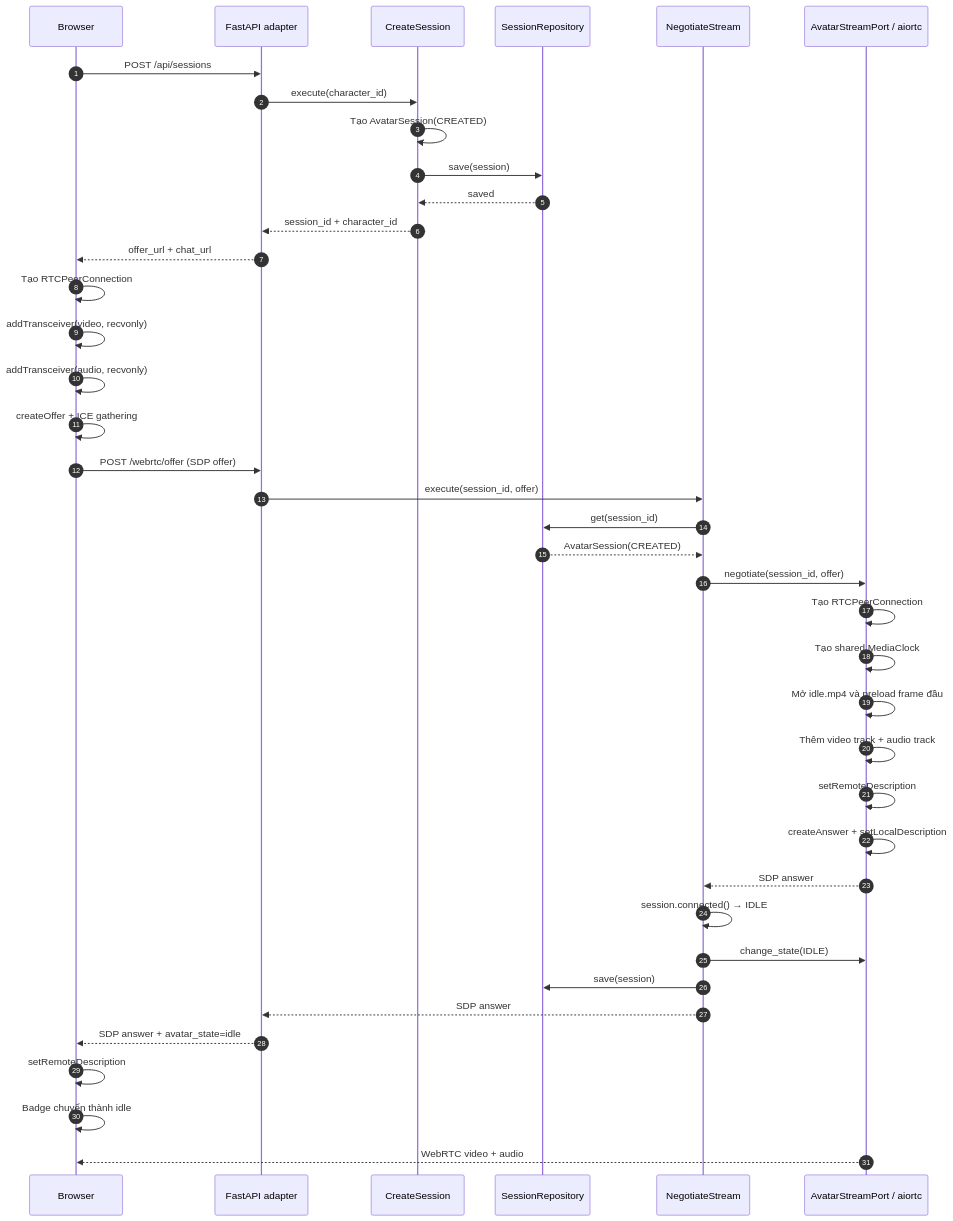
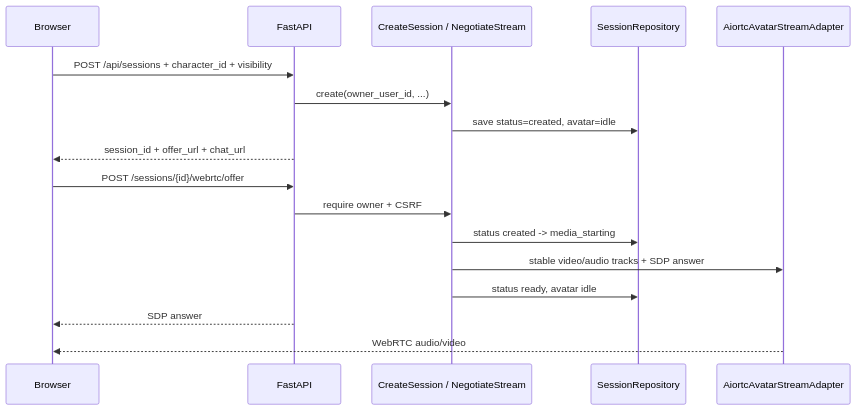
Before and after one commit to thinhphan97/PersonaForge: the third of 7 diagrams in docs/server-flow.md, drawn with Mermaid. The commit also changed other lines of this file and 4 other files, not shown here.

Commit message:
docs: align architecture with current pipeline

````diff
--- a/docs/server-flow.md
+++ b/docs/server-flow.md
@@ -77,45 +121,21 @@
 ```mermaid
 sequenceDiagram
-    autonumber
     participant B as Browser
-    participant API as FastAPI adapter
-    participant CS as CreateSession
+    participant API as FastAPI
+    participant Core as CreateSession / NegotiateStream
     participant Repo as SessionRepository
-    participant NS as NegotiateStream
-    participant Avatar as AvatarStreamPort / aiortc
+    participant AIO as AiortcAvatarStreamAdapter
 
-    B->>API: POST /api/sessions
-    API->>CS: execute(character_id)
-    CS->>CS: Tạo AvatarSession(CREATED)
-    CS->>Repo: save(session)
-    Repo-->>CS: saved
-    CS-->>API: session_id + character_id
-    API-->>B: offer_url + chat_url
+    B->>API: POST /api/sessions + character_id + visibility
+    API->>Core: create(owner_user_id, ...)
+    Core->>Repo: save status=created, avatar=idle
+    API-->>B: session_id + offer_url + chat_url
 
-    B->>B: Tạo RTCPeerConnection
-    B->>B: addTransceiver(video, recvonly)
-    B->>B: addTransceiver(audio, recvonly)
-    B->>B: createOffer + ICE gathering
-    B->>API: POST /webrtc/offer (SDP offer)
-    API->>NS: execute(session_id, offer)
-    NS->>Repo: get(session_id)
-    Repo-->>NS: AvatarSession(CREATED)
-    NS->>Avatar: negotiate(session_id, offer)
-
-    Avatar->>Avatar: Tạo RTCPeerConnection
-    Avatar->>Avatar: Tạo shared MediaClock
-    Avatar->>Avatar: Mở idle.mp4 và preload frame đầu
-    Avatar->>Avatar: Thêm video track + audio track
-    Avatar->>Avatar: setRemoteDescription
-    Avatar->>Avatar: createAnswer + setLocalDescription
-    Avatar-->>NS: SDP answer
-
-    NS->>NS: session.connected() → IDLE
-    NS->>Avatar: change_state(IDLE)
-    NS->>Repo: save(session)
-    NS-->>API: SDP answer
-    API-->>B: SDP answer + avatar_state=idle
-    B->>B: setRemoteDescription
-    B->>B: Badge chuyển thành idle
-    Avatar-->>B: WebRTC video + audio
+    B->>API: POST /sessions/{id}/webrtc/offer
+    API->>Core: require owner + CSRF
+    Core->>Repo: status created -> media_starting
+    Core->>AIO: stable video/audio tracks + SDP answer
+    Core->>Repo: status ready, avatar idle
+    API-->>B: SDP answer
+    AIO-->>B: WebRTC audio/video
 ```
````
